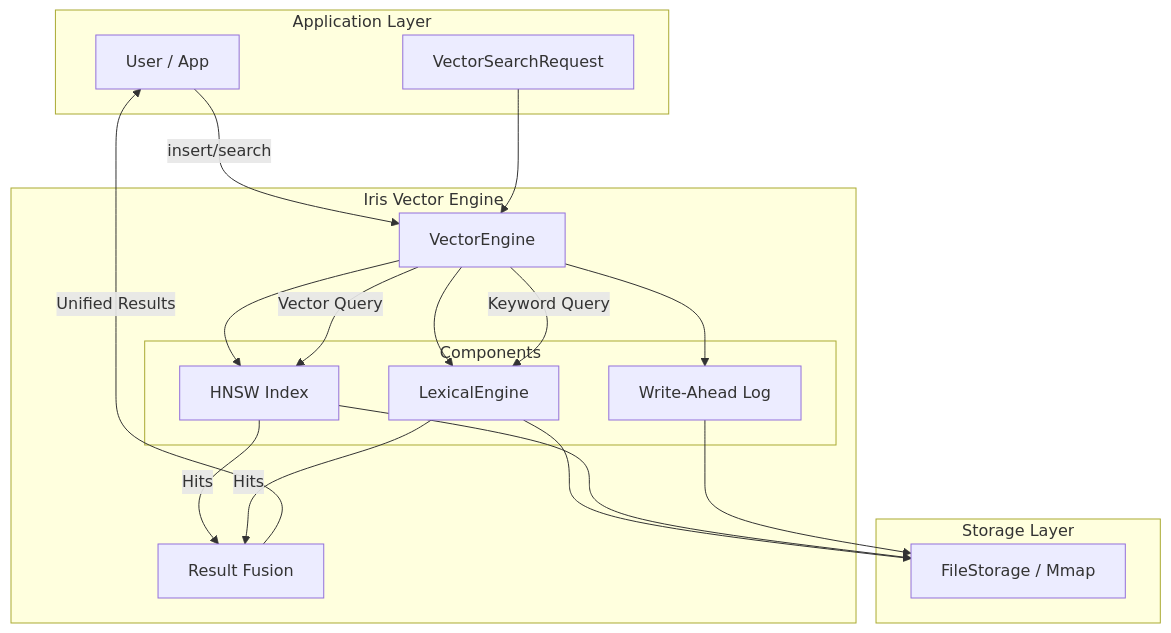
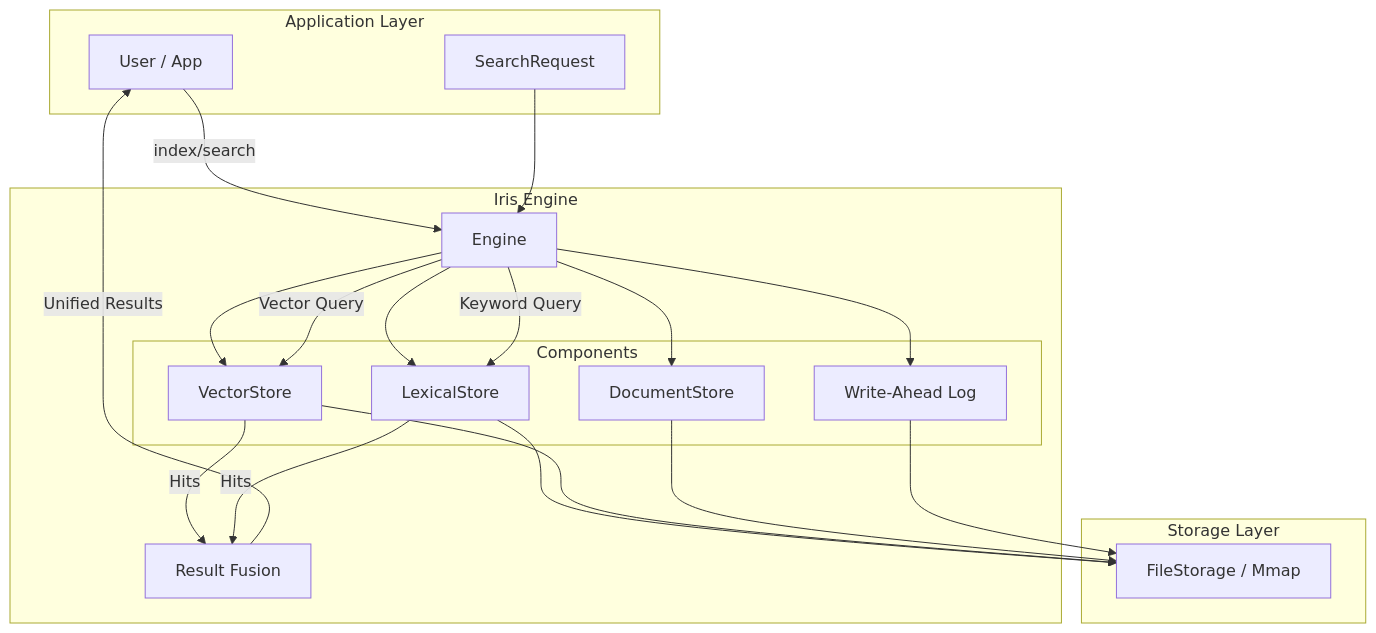
The diagram in docs/src/concepts/architecture.md (mosuka/iris), drawn with Mermaid before and after one commit. The commit also changed other lines of this file and 8 other files, not shown here.

````diff
--- a/docs/src/concepts/architecture.md
+++ b/docs/src/concepts/architecture.md
@@ -21,43 +29,46 @@
 ```mermaid
 graph TD
     subgraph "Application Layer"
         User[User / App]
-        Req[VectorSearchRequest]
+        Req[SearchRequest]
     end
 
-    subgraph "Iris Vector Engine"
-        VE[VectorEngine]
-        
+    subgraph "Iris Engine"
+        E[Engine]
+
         subgraph "Components"
-            HNSW[HNSW Index]
-            Lexical[LexicalEngine]
+            VS[VectorStore]
+            LS[LexicalStore]
+            DS[DocumentStore]
             WAL[Write-Ahead Log]
         end
-        
+
         Fusion[Result Fusion]
     end
 
     subgraph "Storage Layer"
         FS[FileStorage / Mmap]
     end
 
     %% Flows
-    User -->|insert/search| VE
-    VE --> HNSW
-    VE --> Lexical
-    VE --> WAL
+    User -->|index/search| E
+    E --> VS
+    E --> LS
+    E --> DS
+    E --> WAL
 
-    Lexical --> FS
-    HNSW --> FS
+    LS --> FS
+    VS --> FS
+    DS --> FS
     WAL --> FS
-    
+
     %% Search Flow
-    Req --> VE
-    VE -->|Vector Query| HNSW
-    VE -->|Keyword Query| Lexical
-    
-    HNSW -->|Hits| Fusion
-    Lexical -->|Hits| Fusion
-    
+    Req --> E
+    E -->|Vector Query| VS
+    E -->|Keyword Query| LS
+
+    VS -->|Hits| Fusion
+    LS -->|Hits| Fusion
+
     Fusion -->|Unified Results| User
 ```
````
